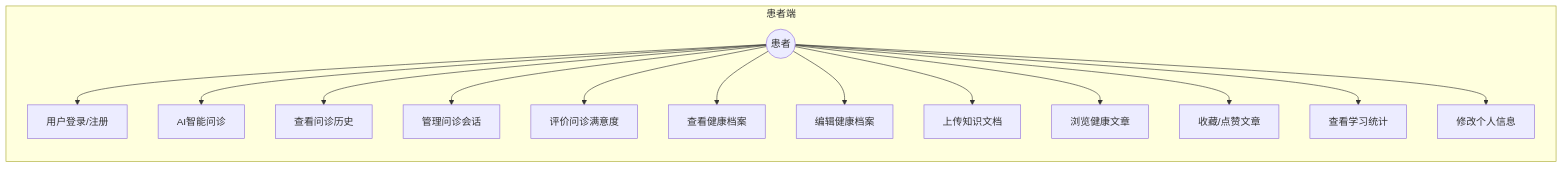
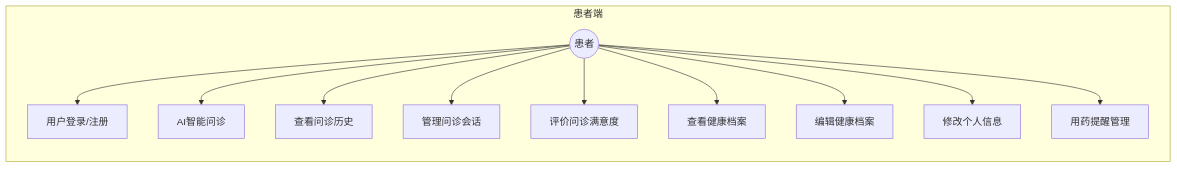
The fourth of 21 diagrams in docs/02-系统设计文档.md (qlzhj03/axzl), drawn with Mermaid before and after one commit. The commit also changed other lines of this file and 13 other files, not shown here.

````diff
--- a/docs/02-系统设计文档.md
+++ b/docs/02-系统设计文档.md
@@ -218,19 +216,16 @@
 ```mermaid
 graph LR
     subgraph 患者端
         U(("患者"))
 
         U --> UC1["用户登录/注册"]
         U --> UC2["AI智能问诊"]
         U --> UC3["查看问诊历史"]
         U --> UC4["管理问诊会话"]
         U --> UC5["评价问诊满意度"]
         U --> UC6["查看健康档案"]
         U --> UC7["编辑健康档案"]
-        U --> UC8["上传知识文档"]
-        U --> UC9["浏览健康文章"]
-        U --> UC10["收藏/点赞文章"]
-        U --> UC11["查看学习统计"]
-        U --> UC12["修改个人信息"]
+        U --> UC8["修改个人信息"]
+        U --> UC9["用药提醒管理"]
     end
 ```
````
